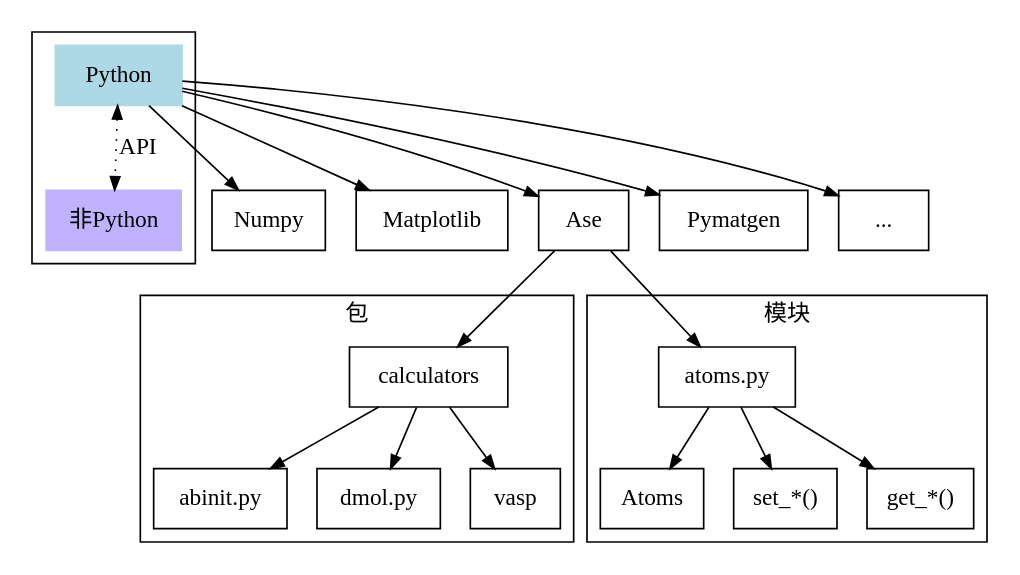
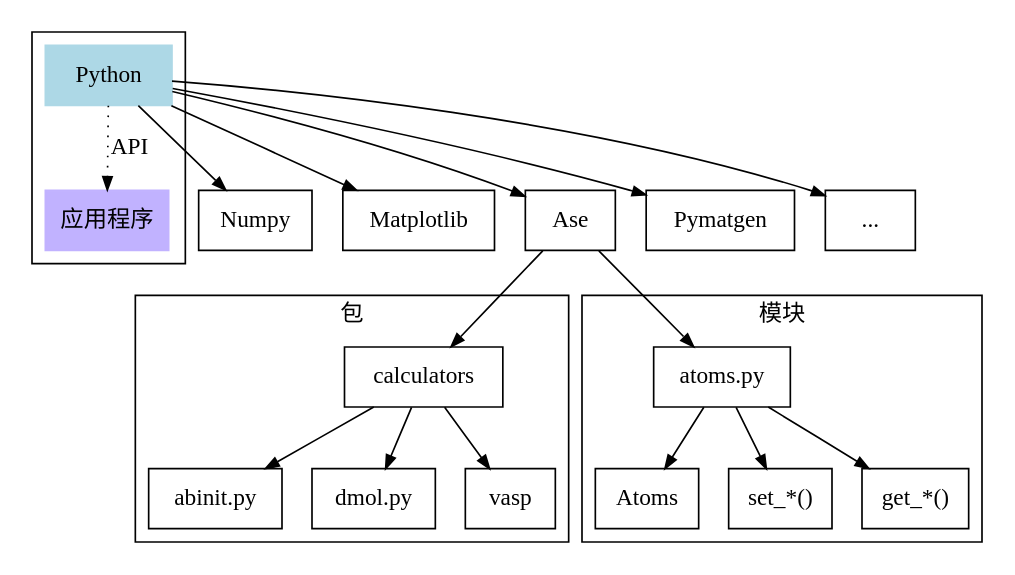
The diagram in Doing/data/python_tree.dot (tingfengliu/ldr), drawn with Graphviz before and after one commit. The commit also changed 8 other files, not shown here.

```diff
--- a/Doing/data/python_tree.dot
+++ b/Doing/data/python_tree.dot
@@ -1,30 +1,30 @@
 digraph python{  
     node [shape=box];    
     edge [arrowsize = 0.8]; 
 
     " Python "[color=lightblue,style=filled];
     " Python " -> {Numpy, Matplotlib, Ase, Pymatgen, "..."};
 
-    "非Python"[style=filled,color=".7 .3 1.0"];       
+    "应用程序"[style=filled,color=".7 .3 1.0"];       
     subgraph cluster0{
         rankdir=LR;
         rank = same;
-        " Python " -> "非Python"[dir=both, label="API", style=dotted]}
+        " Python " -> "应用程序"[label="API", style=dotted]}
         
     Ase -> "calculators";        
     subgraph cluster1{
         node [shape=box];
         label = "包";
         calculators -> "abinit.py";
         calculators -> "dmol.py";
         calculators -> "vasp";}
 
     Ase -> "atoms.py";
     subgraph cluster2{
         node [shape=box];
         label = "模块";
         "atoms.py" -> Atoms;
         "atoms.py" -> "set_*()";
         "atoms.py" -> "get_*()";
     }
 }
```
